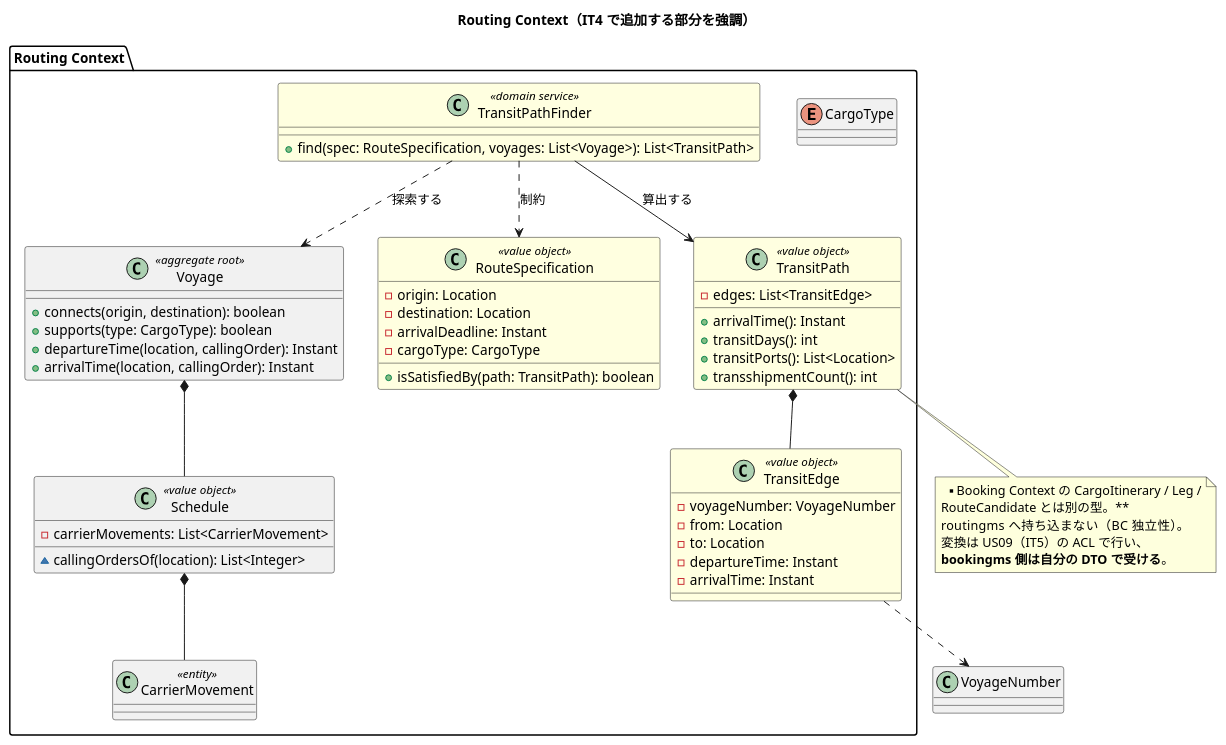
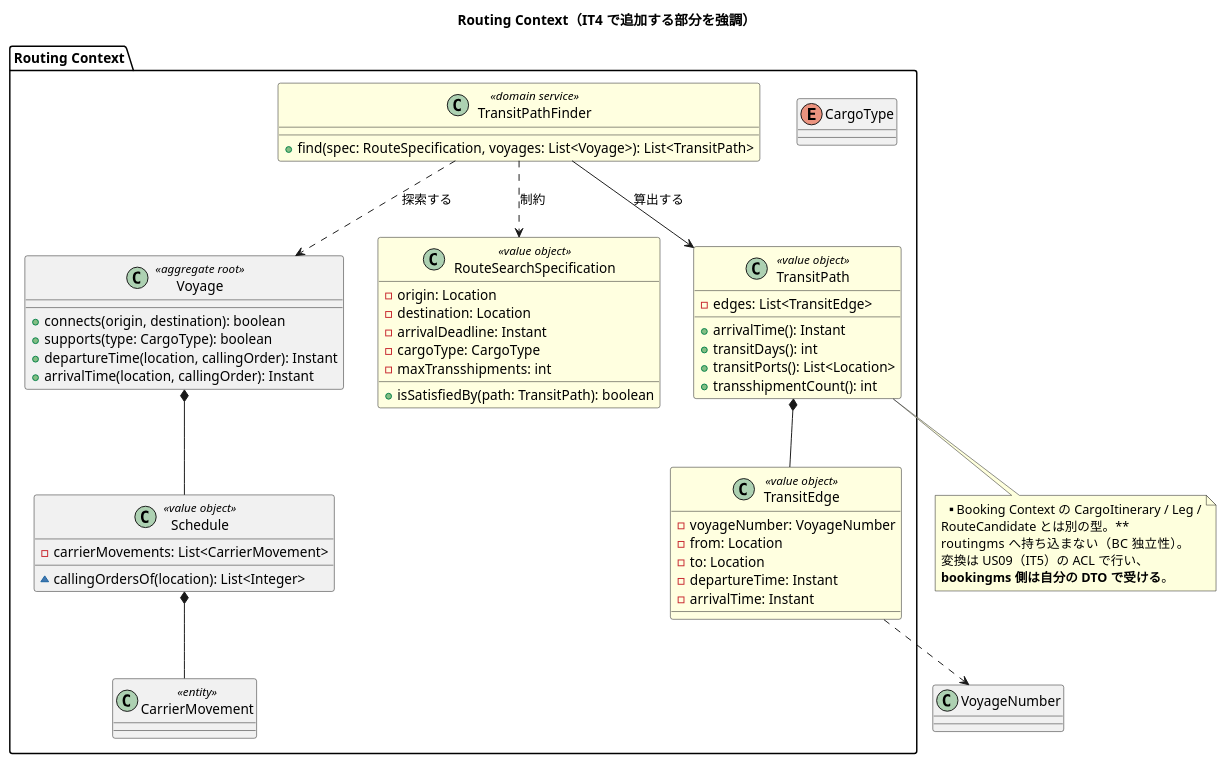
One commit to k2works/case-study-cargo-tracker changed the first of 3 diagrams in docs/development/iteration_plan-4.md. Above: the diagram before and after it, drawn with PlantUML. The commit also changed other lines of this file and 3 other files, not shown here.

````diff
--- a/docs/development/iteration_plan-4.md
+++ b/docs/development/iteration_plan-4.md
@@ -80,61 +80,62 @@
 ```plantuml
 @startuml
 title Routing Context（IT4 で追加する部分を強調）
 
 package "Routing Context" {
   class Voyage <<aggregate root>> {
     + connects(origin, destination): boolean
     + supports(type: CargoType): boolean
     + departureTime(location, callingOrder): Instant
     + arrivalTime(location, callingOrder): Instant
   }
   class Schedule <<value object>> {
     - carrierMovements: List<CarrierMovement>
     ~ callingOrdersOf(location): List<Integer>
   }
   class CarrierMovement <<entity>>
   enum CargoType
 
   class TransitPathFinder <<domain service>> #LightYellow {
     + find(spec: RouteSpecification, voyages: List<Voyage>): List<TransitPath>
   }
-  class RouteSpecification <<value object>> #LightYellow {
+  class RouteSearchSpecification <<value object>> #LightYellow {
     - origin: Location
     - destination: Location
     - arrivalDeadline: Instant
     - cargoType: CargoType
+    - maxTransshipments: int
     + isSatisfiedBy(path: TransitPath): boolean
   }
   class TransitPath <<value object>> #LightYellow {
     - edges: List<TransitEdge>
     + arrivalTime(): Instant
     + transitDays(): int
     + transitPorts(): List<Location>
     + transshipmentCount(): int
   }
   class TransitEdge <<value object>> #LightYellow {
     - voyageNumber: VoyageNumber
     - from: Location
     - to: Location
     - departureTime: Instant
     - arrivalTime: Instant
   }
 }
 
 Voyage *-- Schedule
 Schedule *-- CarrierMovement
 TransitPathFinder ..> Voyage : 探索する
-TransitPathFinder ..> RouteSpecification : 制約
+TransitPathFinder ..> RouteSearchSpecification : 制約
 TransitPathFinder --> TransitPath : 算出する
 TransitPath *-- TransitEdge
 TransitEdge ..> VoyageNumber
 
 note bottom of TransitPath
   **Booking Context の CargoItinerary / Leg /
   RouteCandidate とは別の型。**
   routingms へ持ち込まない（BC 独立性）。
   変換は US09（IT5）の ACL で行い、
   **bookingms 側は自分の DTO で受ける**。
 end note
 @enduml
 ```
````
